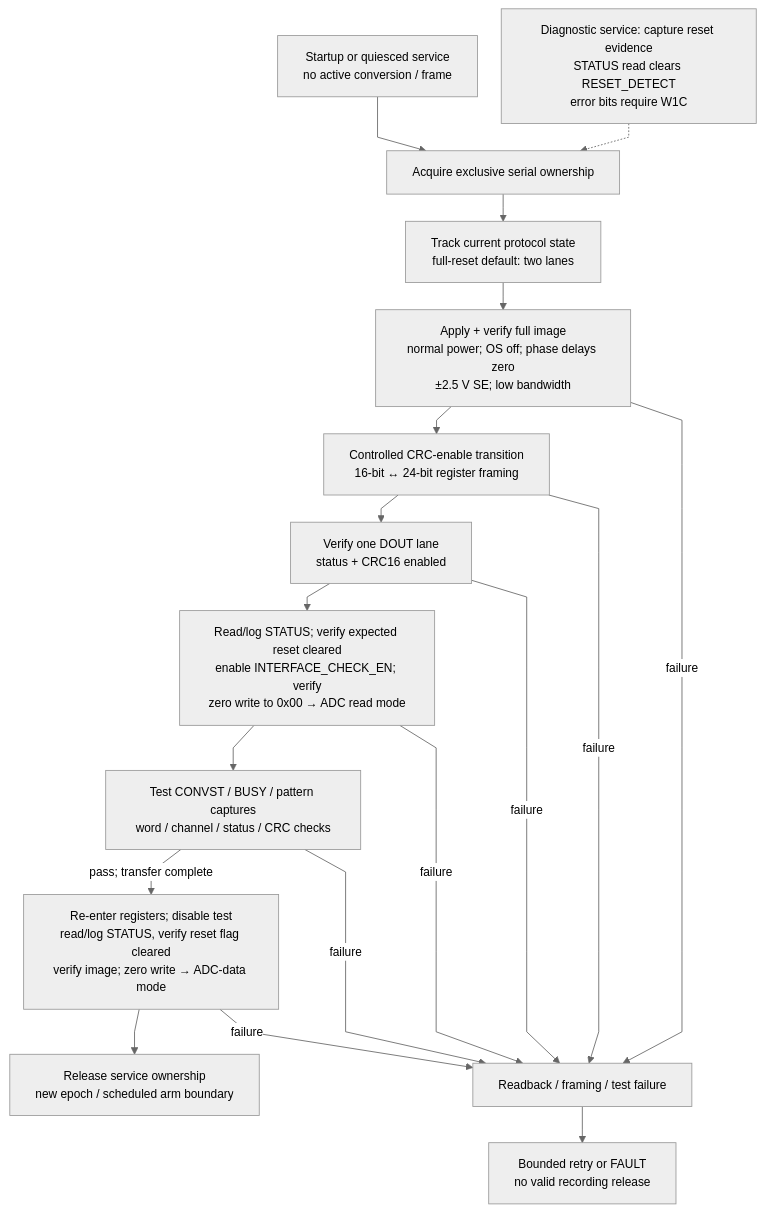
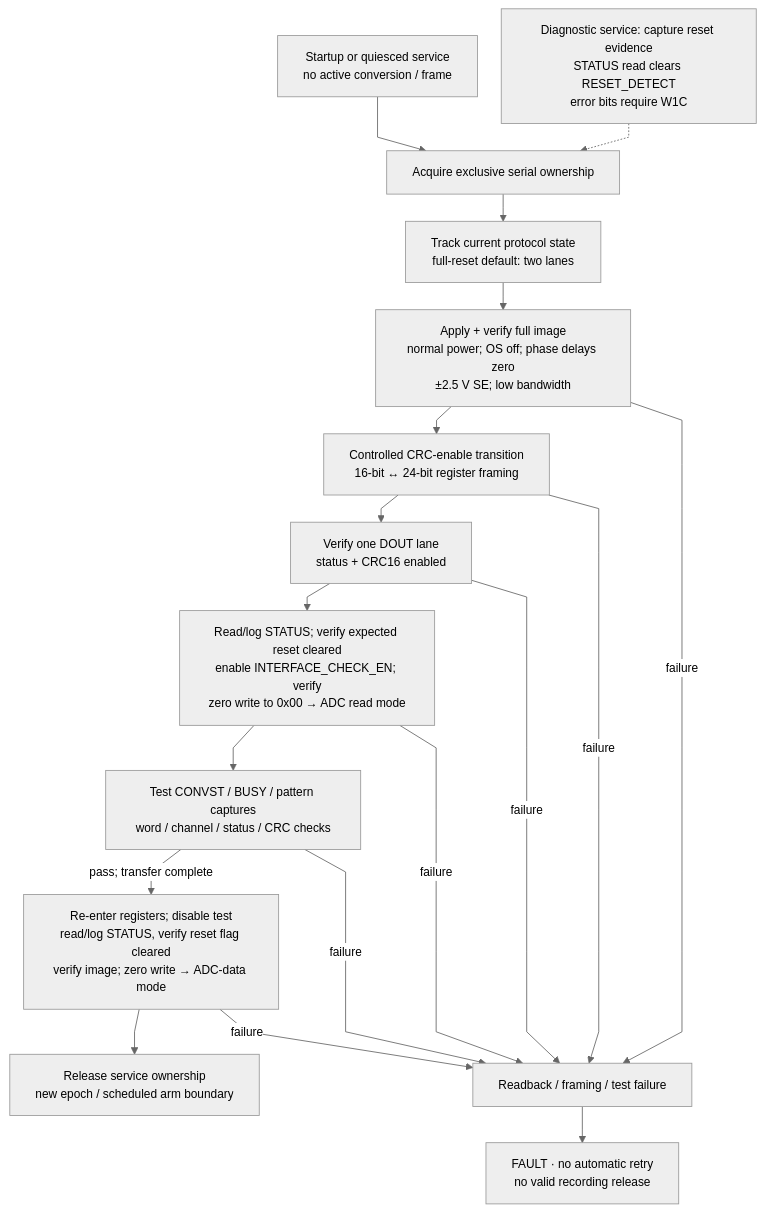
One commit to baolgn/DRG-pain-project changed the seventh of 27 diagrams in microcontroller/acquisition/README.md. Above: the diagram before and after it, drawn with Mermaid. The commit also changed other lines of this file and 23 other files, not shown here.

````diff
--- a/microcontroller/acquisition/README.md
+++ b/microcontroller/acquisition/README.md
@@ -177,21 +180,21 @@
 ```mermaid
 %%{init: {"theme":"neutral","themeVariables":{"fontFamily":"Arial,sans-serif","fontSize":"14px"},"flowchart":{"htmlLabels":true,"minNodeWidth":0,"wrappingWidth":240,"nodeSpacing":28,"rankSpacing":32,"curve":"linear"}}}%%
 flowchart TB
     ENTER["Startup or quiesced service<br/>no active conversion / frame"] --> OWN["Acquire exclusive serial ownership"]
     OWN --> MODE["Track current protocol state<br/>full-reset default: two lanes"]
     MODE --> IMAGE["Apply + verify full image<br/>normal power; OS off; phase delays zero<br/>±2.5 V SE; low bandwidth"]
     IMAGE --> CRC["Controlled CRC-enable transition<br/>16-bit ↔ 24-bit register framing"]
     CRC --> FRAME["Verify one DOUT lane<br/>status + CRC16 enabled"]
     FRAME --> ENABLE["Read/log STATUS; verify expected reset cleared<br/>enable INTERFACE_CHECK_EN; verify<br/>zero write to 0x00 → ADC read mode"]
     ENABLE --> TEST["Test CONVST / BUSY / pattern captures<br/>word / channel / status / CRC checks"]
     TEST -->|"pass; transfer complete"| EXIT["Re-enter registers; disable test<br/>read/log STATUS, verify reset flag cleared<br/>verify image; zero write → ADC-data mode"]
     EXIT --> RELEASE["Release service ownership<br/>new epoch / scheduled arm boundary"]
     DIAG["Diagnostic service: capture reset evidence<br/>STATUS read clears RESET_DETECT<br/>error bits require W1C"] -.-> OWN
-    ERROR["Readback / framing / test failure"] --> STOP["Bounded retry or FAULT<br/>no valid recording release"]
+    ERROR["Readback / framing / test failure"] --> STOP["FAULT · no automatic retry<br/>no valid recording release"]
     IMAGE -->|"failure"| ERROR
     CRC -->|"failure"| ERROR
     FRAME -->|"failure"| ERROR
     ENABLE -->|"failure"| ERROR
     TEST -->|"failure"| ERROR
     EXIT -->|"failure"| ERROR
 ```
````
